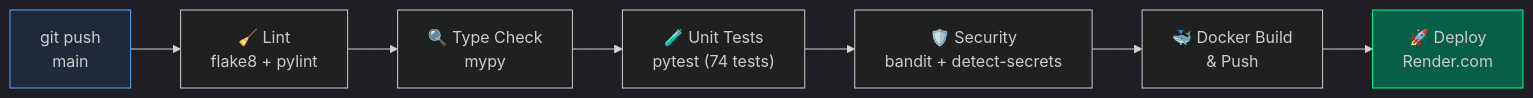
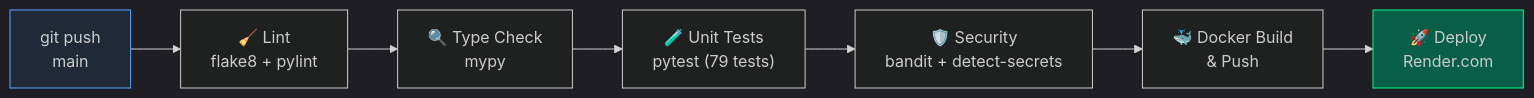
Before and after one commit to Lutvunenko-Dmutro/EnergyMonitor-OLAP: the second of 2 diagrams in ARCHITECTURE.md, drawn with Mermaid. The commit also changed other lines of this file and 4 other files, not shown here.

Commit message:
fix: deep audit pass — W=48, 79 tests, single output in ALL docs (ARCHITECTURE, THESIS_3, APPENDICES, database, README)

````diff
--- a/ARCHITECTURE.md
+++ b/ARCHITECTURE.md
@@ -141,13 +141,13 @@
 ```mermaid
 %%{init: {'theme': 'dark'}}%%
 flowchart LR
     Push["git push\nmain"] --> Lint["🧹 Lint\nflake8 + pylint"]
     Lint --> Types["🔍 Type Check\nmypy"]
-    Types --> Tests["🧪 Unit Tests\npytest (74 tests)"]
+    Types --> Tests["🧪 Unit Tests\npytest (79 tests)"]
     Tests --> Security["🛡️ Security\nbandit + detect-secrets"]
     Security --> Docker["🐳 Docker Build\n& Push"]
     Docker --> Deploy["🚀 Deploy\nRender.com"]
 
     style Push fill:#1f2937,stroke:#58a6ff
     style Deploy fill:#065f46,stroke:#00ff88
 ```
````
